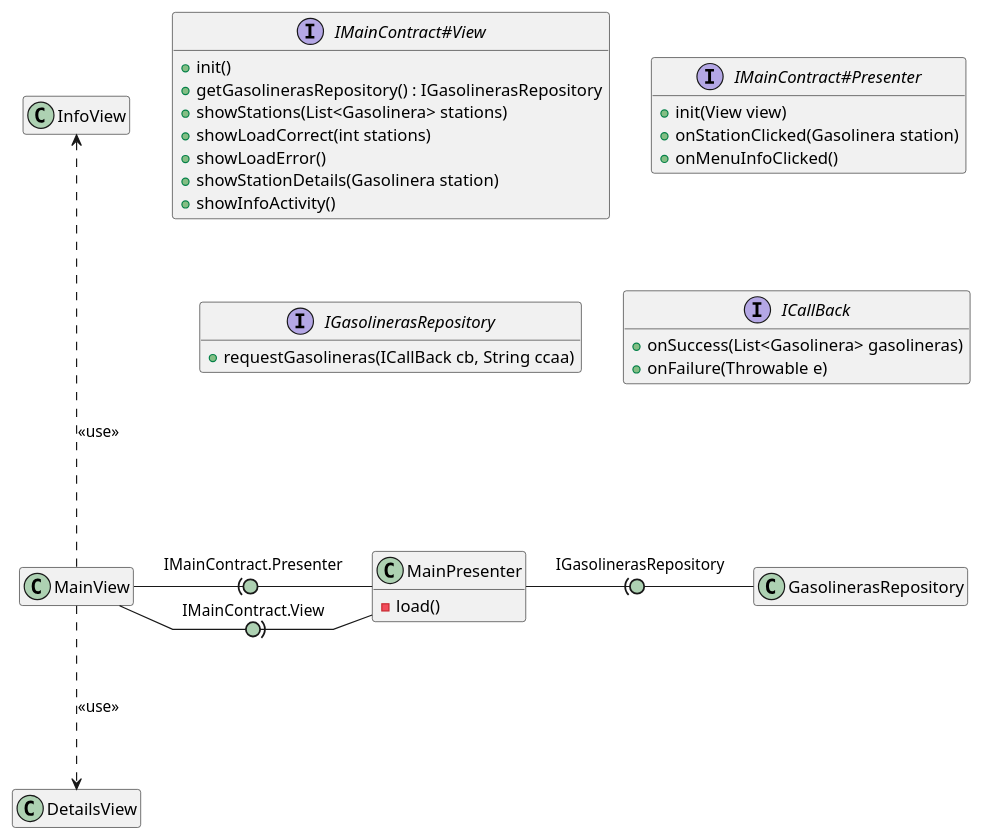
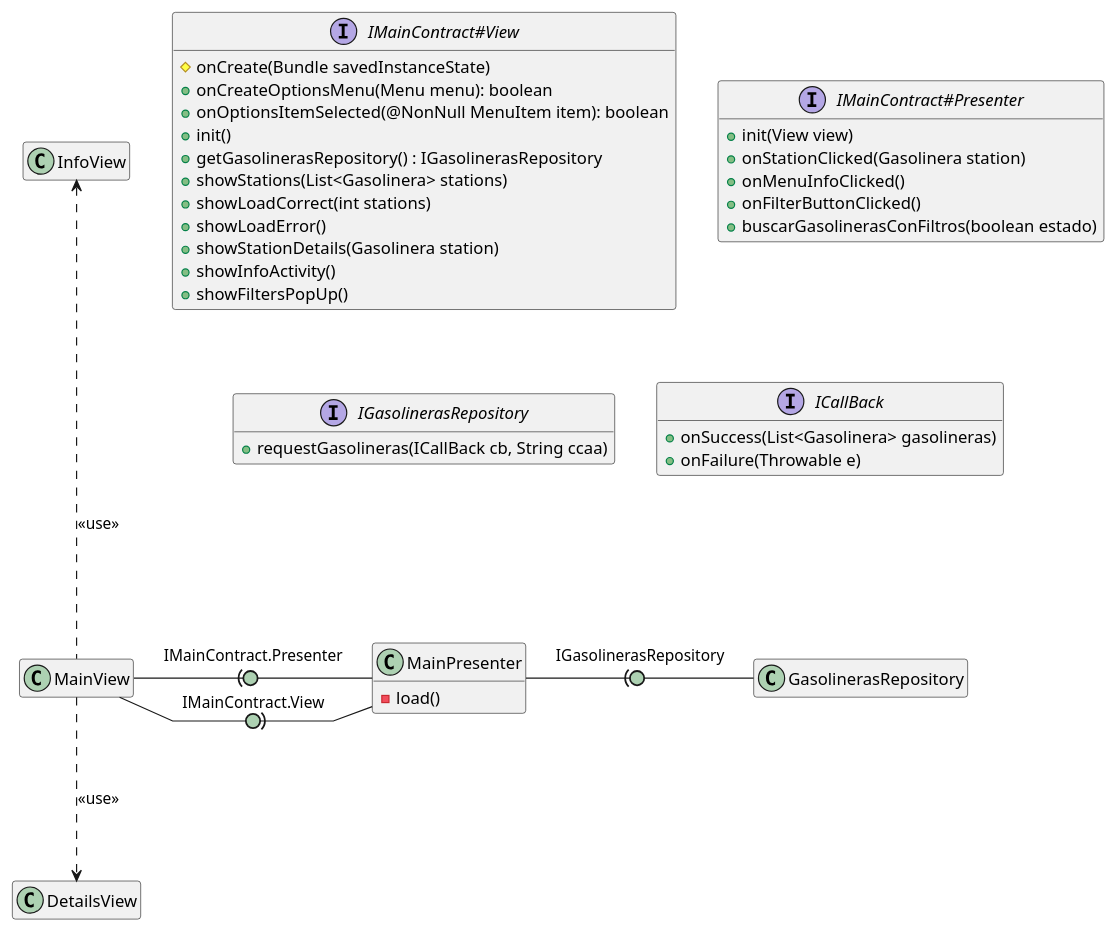
Before and after one commit to isunican/App-Gasolineras-Grupo5: the diagram in Docs/Models/architecture.puml, drawn with PlantUML. The commit also changed 3 other files, not shown here.

```diff
--- a/Docs/Models/architecture.puml
+++ b/Docs/Models/architecture.puml
@@ -1,44 +1,50 @@
 @startuml clases
 
 hide empty members
 skinparam linetype polyline
 skinparam arrowLollipopColor #ADD1B2
 
 MainView -right(0- MainPresenter : IMainContract.Presenter
 MainView -right0)- MainPresenter : IMainContract.View
 MainView -up..-> InfoView : <<use>>
 MainView -down..> DetailsView : <<use>>
 MainPresenter -right(0- GasolinerasRepository : IGasolinerasRepository
 
 
 class MainPresenter {
     -load()
 }
 
 interface IMainContract#View {
+    # onCreate(Bundle savedInstanceState)
+    + onCreateOptionsMenu(Menu menu): boolean
+    + onOptionsItemSelected(@NonNull MenuItem item): boolean
     + init()
     + getGasolinerasRepository() : IGasolinerasRepository
     + showStations(List<Gasolinera> stations)
     + showLoadCorrect(int stations)
     + showLoadError()
     + showStationDetails(Gasolinera station)
     + showInfoActivity()
+    + showFiltersPopUp()
 }
 
 interface IMainContract#Presenter {
     + init(View view)
     + onStationClicked(Gasolinera station)
     + onMenuInfoClicked()
+    + onFilterButtonClicked()
+    + buscarGasolinerasConFiltros(boolean estado)
 }
 
 interface IGasolinerasRepository {
     + requestGasolineras(ICallBack cb, String ccaa)
 }
 
 interface ICallBack {
     + onSuccess(List<Gasolinera> gasolineras)
     + onFailure(Throwable e)
 }
 
 
 @enduml
```
